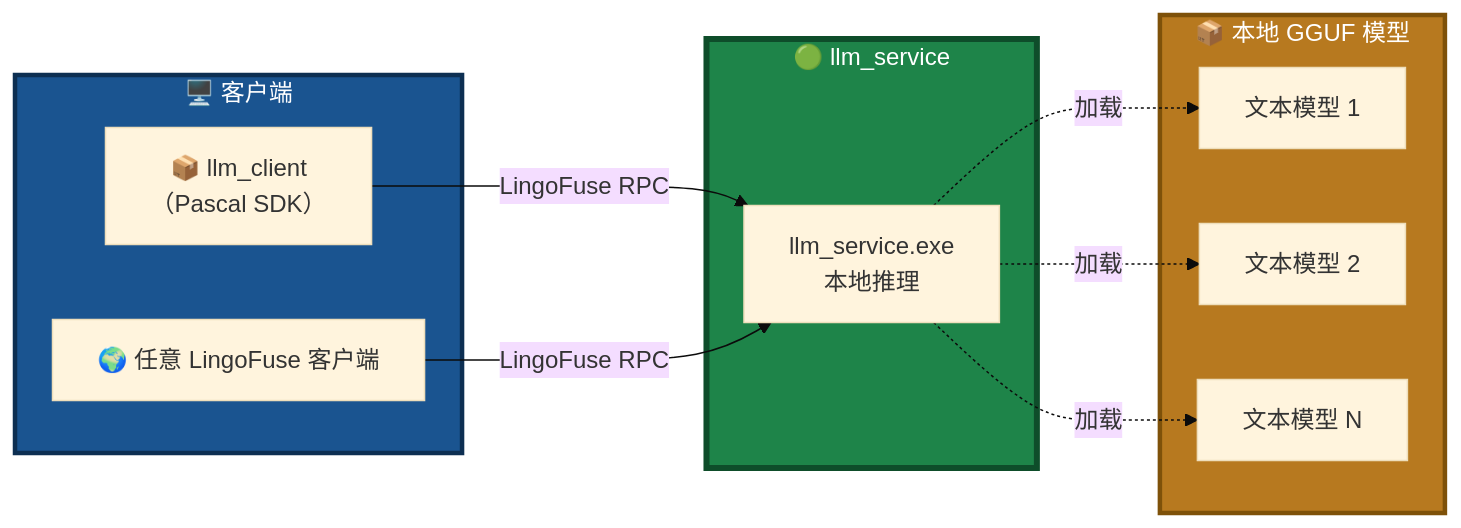
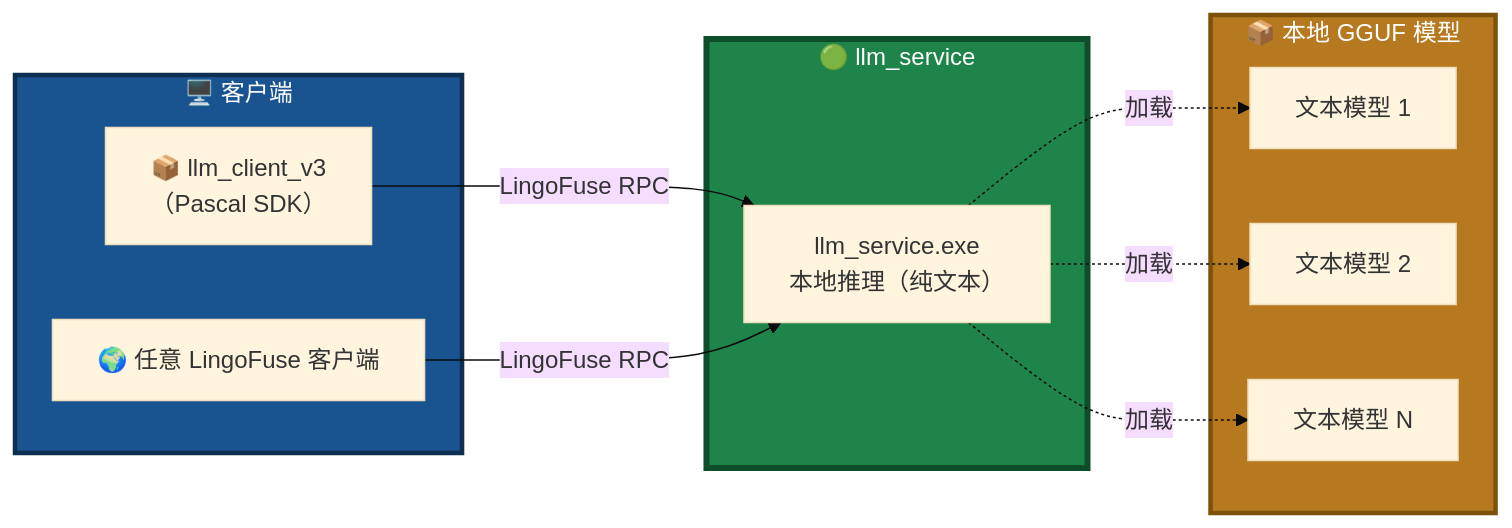
The first of 5 diagrams in src/LingoFuse_LLM_Service_CLI_guide.md (PassByYou888/LingoFuse-pasAgent-v3), drawn with Mermaid (base theme) before and after one commit. The commit also changed other lines of this file, not shown here.

````diff
--- a/src/LingoFuse_LLM_Service_CLI_guide.md
+++ b/src/LingoFuse_LLM_Service_CLI_guide.md
@@ -35,27 +49,27 @@
 ```mermaid
 flowchart LR
     subgraph CLIENTS["🖥️ 客户端"]
-        C1["📦 llm_client<br/>（Pascal SDK）"]
+        C1["📦 llm_client_v3<br/>（Pascal SDK）"]
         C2["🌍 任意 LingoFuse 客户端"]
     end
 
     subgraph SERVICE["🟢 llm_service"]
-        S["llm_service.exe<br/>本地推理"]
+        S["llm_service.exe<br/>本地推理（纯文本）"]
     end
 
     subgraph MODELS["📦 本地 GGUF 模型"]
         M1["文本模型 1"]
         M2["文本模型 2"]
         M3["文本模型 N"]
     end
 
     C1 -->|"LingoFuse RPC"| S
     C2 -->|"LingoFuse RPC"| S
     S -.->|"加载"| M1
     S -.->|"加载"| M2
     S -.->|"加载"| M3
 
     style CLIENTS fill:#1A5490,stroke:#0D2F52,stroke-width:3px,color:#FFFFFF
     style SERVICE fill:#1E8449,stroke:#0E4D2A,stroke-width:4px,color:#FFFFFF
     style MODELS fill:#B7791F,stroke:#7E5109,stroke-width:3px,color:#FFFFFF
 ```
````
